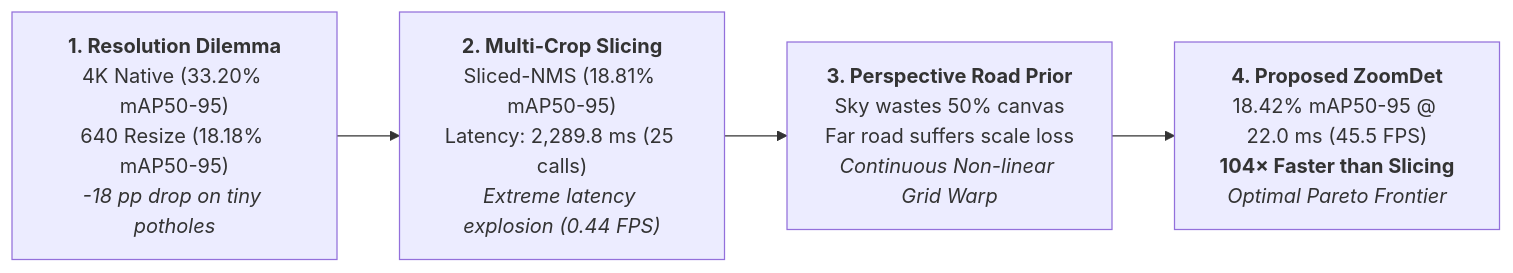
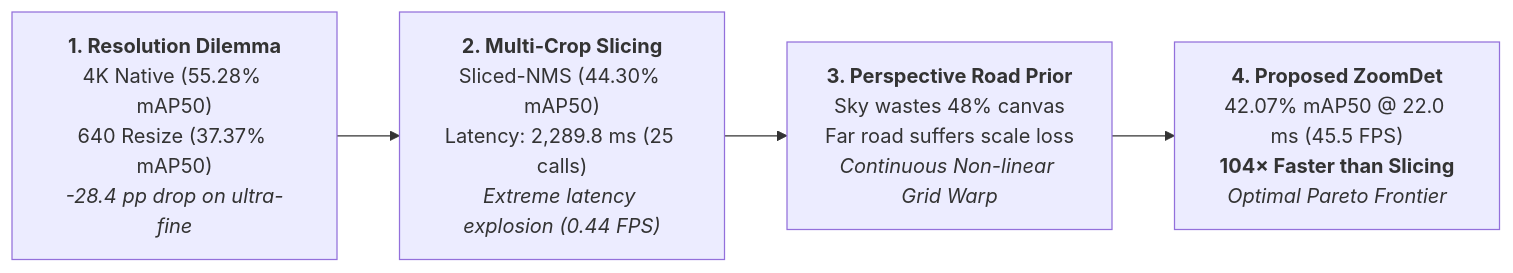
Before and after one commit to nxc1802/HRP4K: the diagram in docs/experiments_master.md, drawn with Mermaid. The commit also changed other lines of this file and 3 other files, not shown here.

Commit message:
docs: complete publication suite with Table 5 geometry ablation and Fig 7 qualitative detection comparisons

````diff
--- a/docs/experiments_master.md
+++ b/docs/experiments_master.md
@@ -23,6 +24,6 @@
 ```mermaid
 flowchart LR
-    A["<b>1. Resolution Dilemma</b><br>4K Native (33.20% mAP50-95)<br>640 Resize (18.18% mAP50-95)<br><i>-18 pp drop on tiny potholes</i>"] --> B["<b>2. Multi-Crop Slicing</b><br>Sliced-NMS (18.81% mAP50-95)<br>Latency: 2,289.8 ms (25 calls)<br><i>Extreme latency explosion (0.44 FPS)</i>"]
-    B --> C["<b>3. Perspective Road Prior</b><br>Sky wastes 50% canvas<br>Far road suffers scale loss<br><i>Continuous Non-linear Grid Warp</i>"]
-    C --> D["<b>4. Proposed ZoomDet</b><br>18.42% mAP50-95 @ 22.0 ms (45.5 FPS)<br><b>104× Faster than Slicing</b><br><i>Optimal Pareto Frontier</i>"]
+    A["<b>1. Resolution Dilemma</b><br>4K Native (55.28% mAP50)<br>640 Resize (37.37% mAP50)<br><i>-28.4 pp drop on ultra-fine</i>"] --> B["<b>2. Multi-Crop Slicing</b><br>Sliced-NMS (44.30% mAP50)<br>Latency: 2,289.8 ms (25 calls)<br><i>Extreme latency explosion (0.44 FPS)</i>"]
+    B --> C["<b>3. Perspective Road Prior</b><br>Sky wastes 48% canvas<br>Far road suffers scale loss<br><i>Continuous Non-linear Grid Warp</i>"]
+    C --> D["<b>4. Proposed ZoomDet</b><br>42.07% mAP50 @ 22.0 ms (45.5 FPS)<br><b>104× Faster than Slicing</b><br><i>Optimal Pareto Frontier</i>"]
 ```
````
